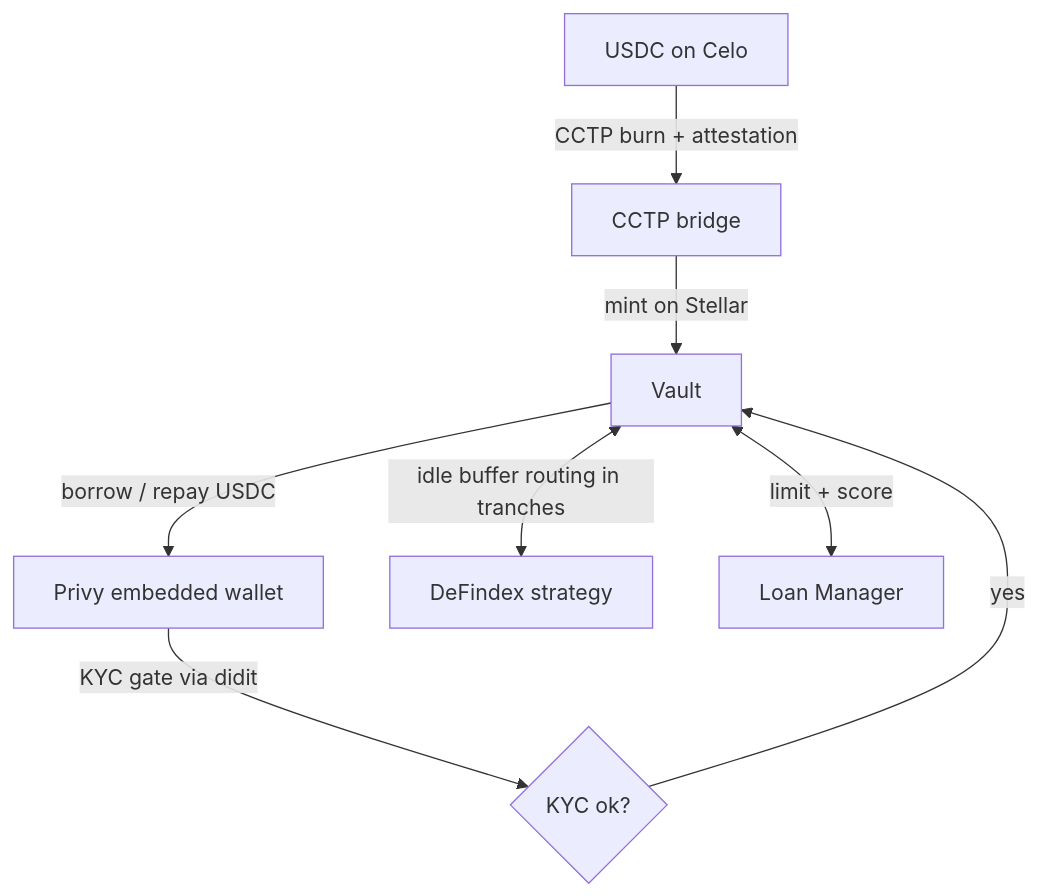
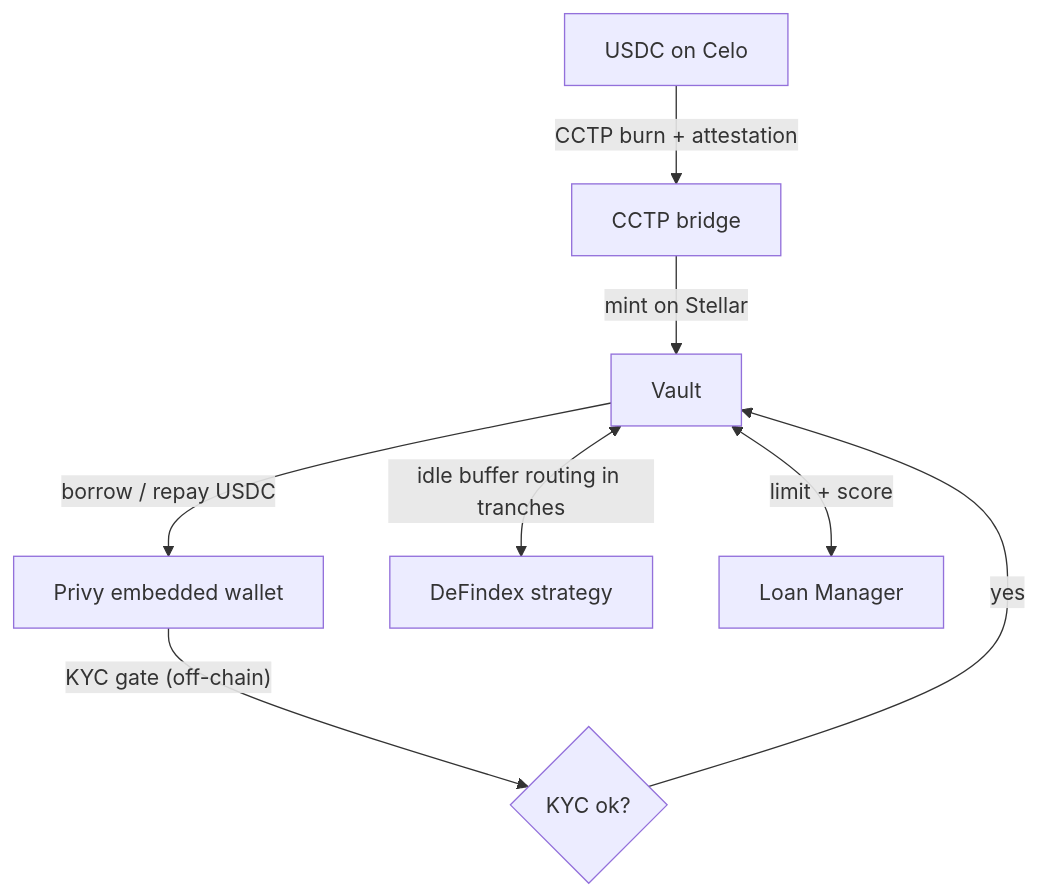
The third of 3 diagrams in docs/ARCHITECTURE.md (LuchoLeonel/lendoor-stellar), drawn with Mermaid before and after one commit. The commit also changed other lines of this file, not shown here.

Commit message:
docs: genericize KYC provider (drop vendor name for integration-track eligibility)

````diff
--- a/docs/ARCHITECTURE.md
+++ b/docs/ARCHITECTURE.md
@@ -71,10 +71,10 @@
 ```mermaid
 flowchart TD
   C["USDC on Celo"] -->|"CCTP burn + attestation"| BR["CCTP bridge"]
   BR -->|"mint on Stellar"| V["Vault"]
-  P["Privy embedded wallet"] -->|"KYC gate via didit"| G{"KYC ok?"}
+  P["Privy embedded wallet"] -->|"KYC gate (off-chain)"| G{"KYC ok?"}
   G -->|yes| V
   V -->|"borrow / repay USDC"| P
   V <-->|"idle buffer routing in tranches"| D["DeFindex strategy"]
   V <-->|"limit + score"| LM["Loan Manager"]
 ```
````
